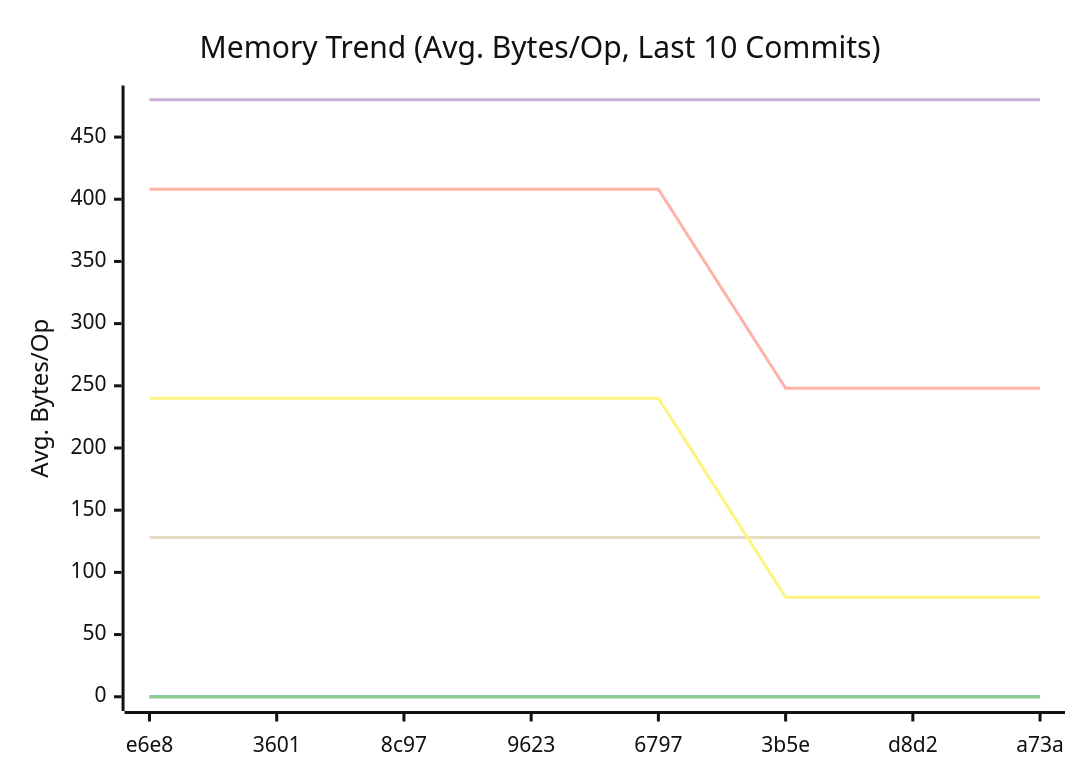
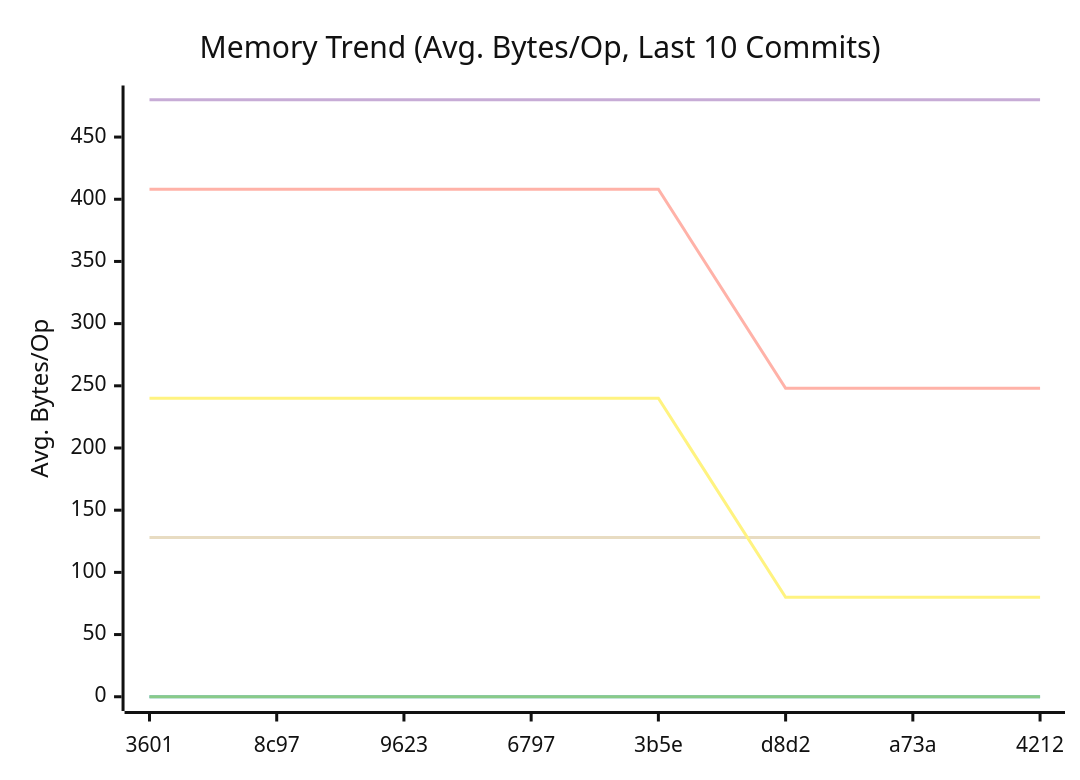
The second of 3 diagrams in docs/README.md (alsotoes/momo), drawn with Mermaid (neutral theme) before and after one commit. The commit also changed other lines of this file and 1 other file, not shown here.

````diff
--- a/docs/README.md
+++ b/docs/README.md
@@ -318,14 +318,14 @@
 ```mermaid
 xychart-beta
     title "Memory Trend (Avg. Bytes/Op, Last 10 Commits)"
     x-axis "Commit"
     y-axis "Avg. Bytes/Op"
-    x-axis [e6e8,3601,8c97,9623,6797,3b5e,d8d2,a73a]
+    x-axis [3601,8c97,9623,6797,3b5e,d8d2,a73a,4212]
     line "CheckMetricsAndSwap" [0,0,0,0,0,0,0,0,0,0]
     line "IndexDirectTracking" [0,0,0,0,0,0,0,0,0,0]
     line "IndexSearch" [0,0,0,0,0,0,0,0,0,0]
     line "LoadGlobalConfig" [480,480,480,480,480,480,480,480,480,480]
     line "PadString" [128,128,128,128,128,128,128,128,128,128]
     line "ParseReplicationOrder_NoPrealloc" [408,408,408,408,408,248,248,248,248,248]
     line "ParseReplicationOrder_Prealloc" [240,240,240,240,240,80,80,80,80,80]
 ```
````
